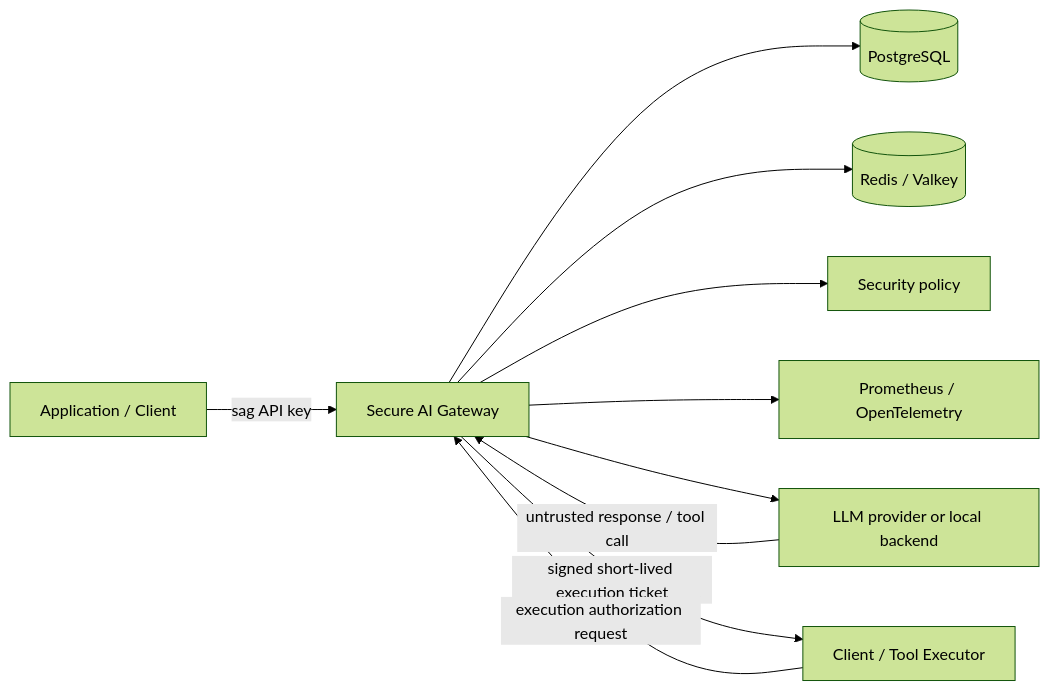
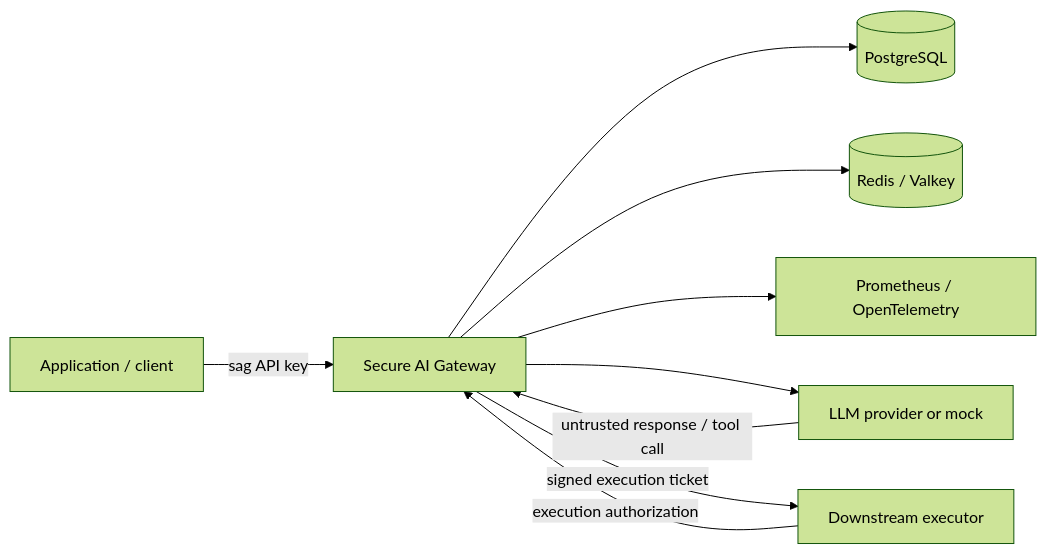
The first of 2 diagrams in README.md (joshuabisdorf/Secure-AI-Gateway), drawn with Mermaid (forest theme) before and after one commit. The commit also changed other lines of this file, not shown here.

````diff
--- a/README.md
+++ b/README.md
@@ -68,12 +91,11 @@
 ```mermaid
 flowchart LR
-    A[Application / Client] -->|sag API key| G[Secure AI Gateway]
+    A[Application / client] -->|sag API key| G[Secure AI Gateway]
     G --> P[(PostgreSQL)]
     G --> R[(Redis / Valkey)]
-    G --> S[Security policy]
     G --> O[Prometheus / OpenTelemetry]
-    G --> L[LLM provider or local backend]
+    G --> L[LLM provider or mock]
     L -->|untrusted response / tool call| G
-    G -->|signed short-lived execution ticket| E[Client / Tool Executor]
-    E -->|execution authorization request| G
+    G -->|signed execution ticket| E[Downstream executor]
+    E -->|execution authorization| G
 ```
````
